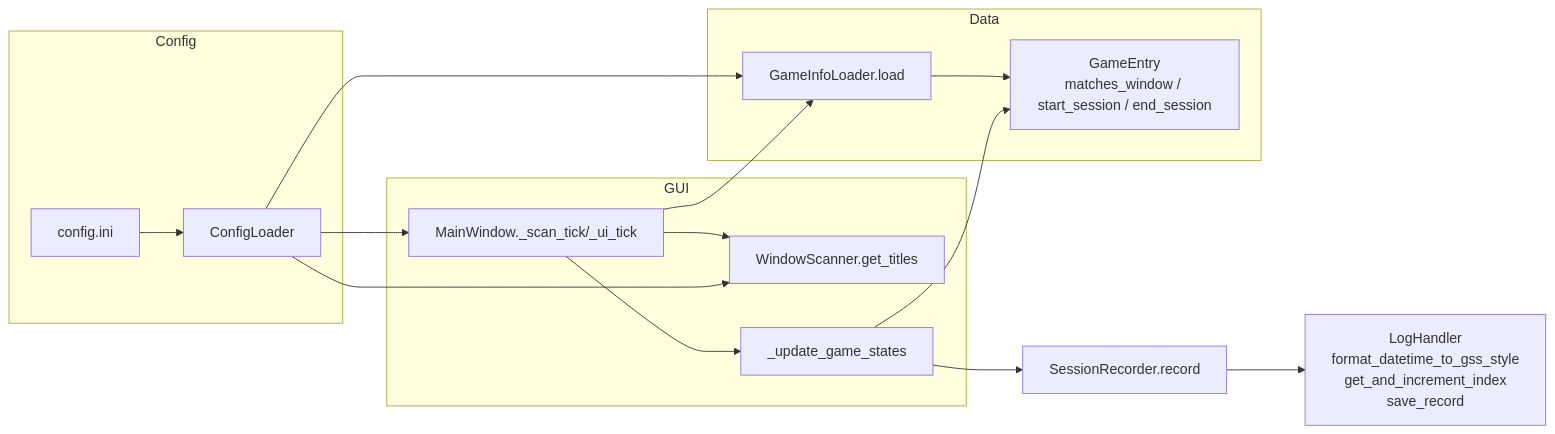
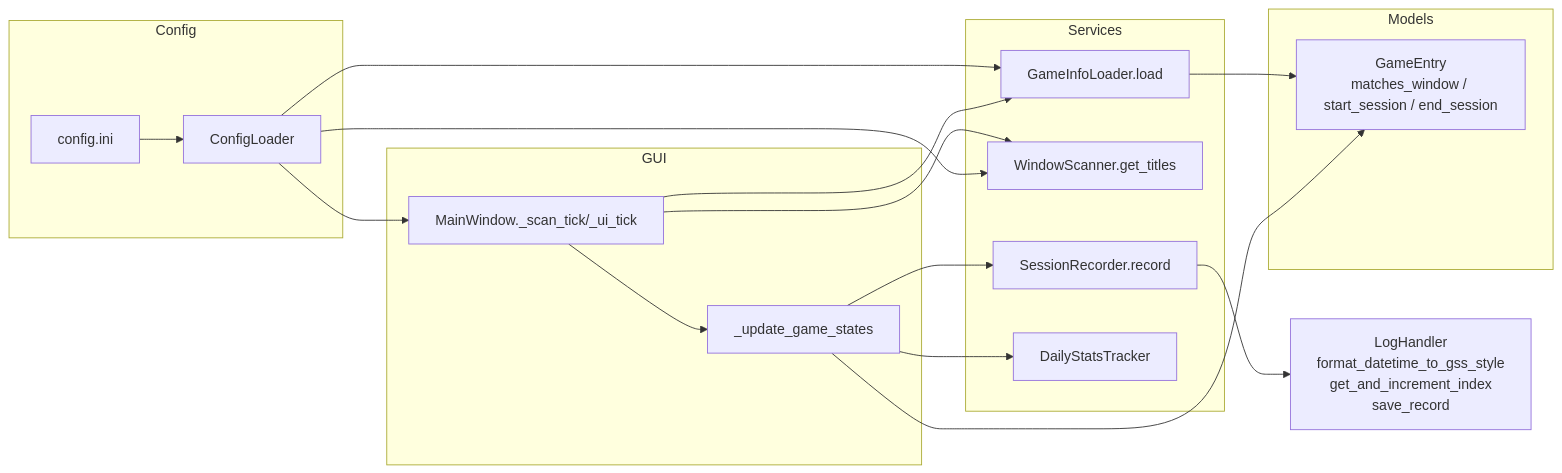
Before and after one commit to ynanigashi/game_time_tracker: the diagram in README.md, drawn with Mermaid. The commit also changed other lines of this file and 12 other files, not shown here.

````diff
--- a/README.md
+++ b/README.md
@@ -194,25 +207,31 @@
 ```mermaid
 flowchart LR
     subgraph Config
         C[config.ini] --> CL[ConfigLoader]
     end
-    subgraph Data
-        GIL[GameInfoLoader.load] --> GE[GameEntry<br/>matches_window / start_session / end_session]
+    subgraph Models
+        GE[GameEntry<br/>matches_window / start_session / end_session]
+    end
+    subgraph Services
+        GIL[GameInfoLoader.load] --> GE
+        WS[WindowScanner.get_titles]
+        SR[SessionRecorder.record]
+        DS[DailyStatsTracker]
     end
     subgraph GUI
         MW[MainWindow._scan_tick/_ui_tick]
-        WS[WindowScanner.get_titles]
         US[_update_game_states]
     end
 
     MW --> WS
     MW --> US
     US --> GE
-    US --> SR[SessionRecorder.record]
+    US --> SR
+    US --> DS
     SR --> LH[LogHandler<br/>format_datetime_to_gss_style<br/>get_and_increment_index<br/>save_record]
 
     CL --> MW
     CL --> GIL
     CL --> WS
     MW --> GIL
 ```
````
